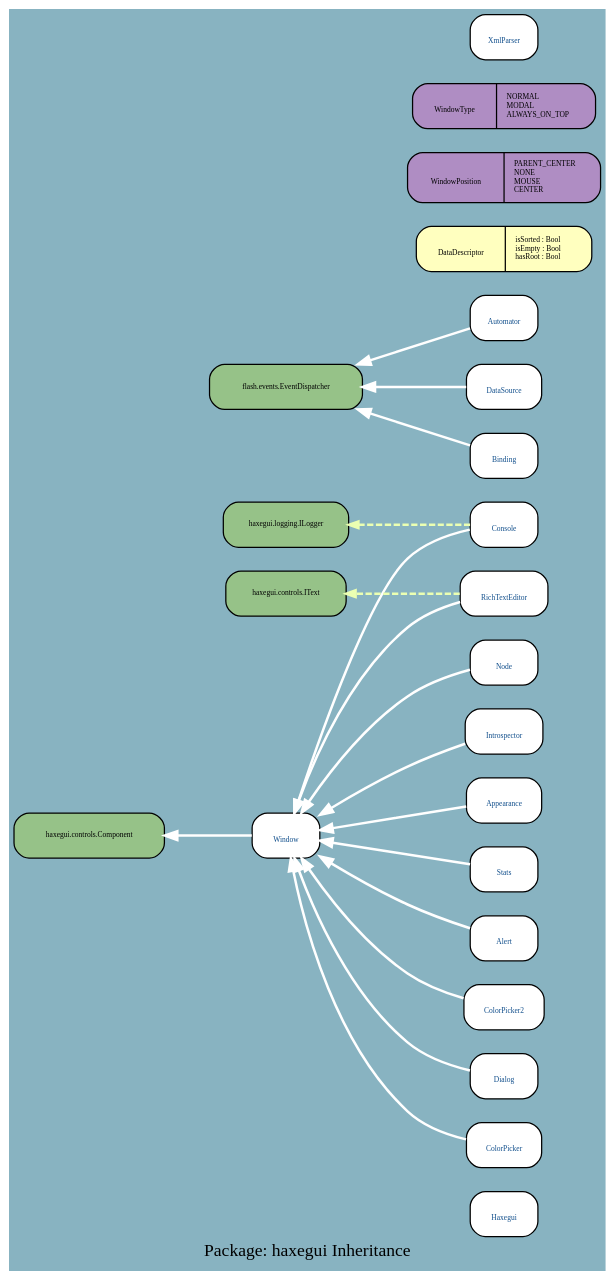
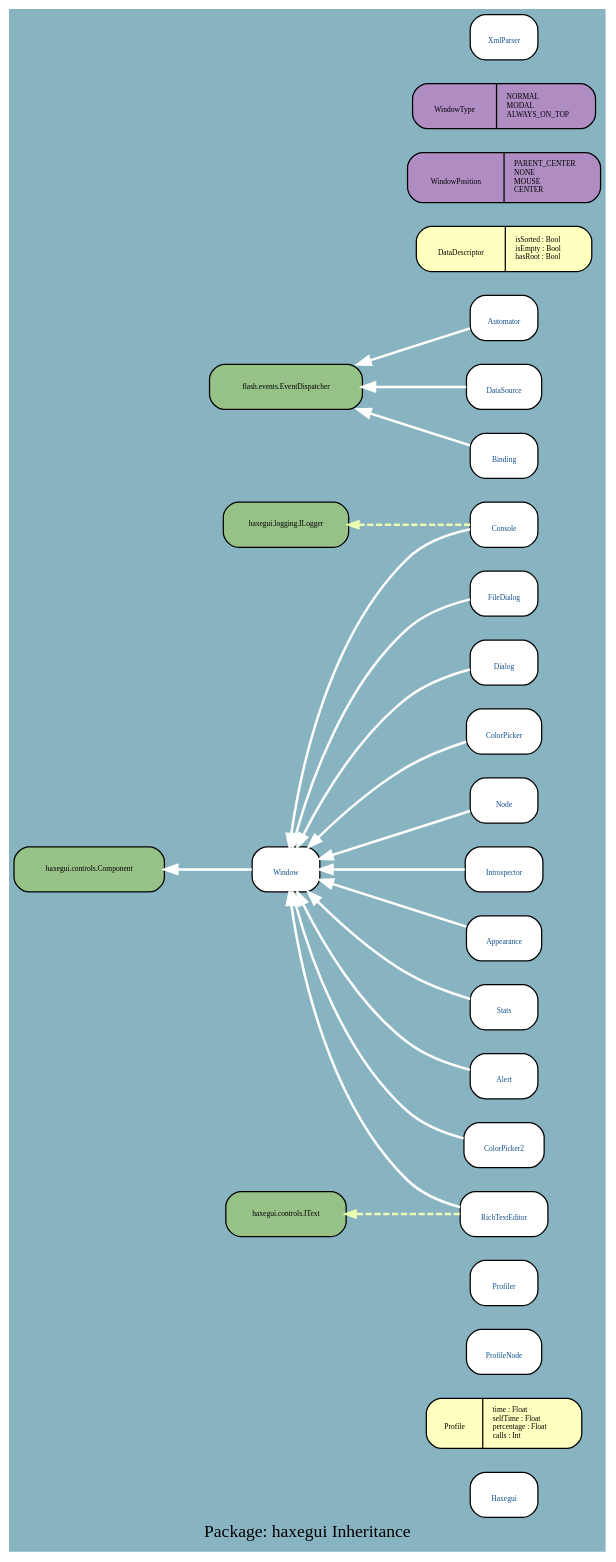
The diagram in docs/uml/haxegui_I.dot (google-code-export/haxegui), drawn with Graphviz before and after one commit. The commit also changed 315 other files, not shown here.

```diff
--- a/docs/uml/haxegui_I.dot
+++ b/docs/uml/haxegui_I.dot
@@ -3,44 +3,49 @@
 	node [label="\N", style="rounded,filled", fillcolor="#96c288", fontcolor="#104E8B", fontname="FFF Harmony", fontsize=6, shape=record, color=black];
 	edge [fontname=Sans, fontsize=8, minlen="1.2", color=black, fontcolor=black];
 	graph [lp="236,12",
-		bb="0,0,472,983"];
+		bb="0,0,472,1203"];
 	"haxegui.Haxegui" [label="{\nHaxegui}", fillcolor=white, URL="../types/haxegui/Haxegui.html", tooltip="\nHaxegui", portPos=w, pos="394,43", rects="367,25,421,61", width="0.75", height="0.50"];
-	"haxegui.Window" [label="{\nWindow}", fillcolor=white, URL="../types/haxegui/Window.html", tooltip="\nWindow", portPos=w, pos="218,340", rects="191,322,245,358", width="0.75", height="0.50"];
-	"haxegui.controls.Component" [fontcolor=black, pos="60,340", rects="0,322,120,358", width="1.67", height="0.50"];
-	"haxegui.Dialog" [label="{\nDialog}", fillcolor=white, URL="../types/haxegui/Dialog.html", tooltip="\nDialog", portPos=w, pos="394,151", rects="367,133,421,169", width="0.75", height="0.50"];
-	"haxegui.Console" [label="{\nConsole}", fillcolor=white, URL="../types/haxegui/Console.html", tooltip="\nConsole", portPos=w, pos="394,583", rects="367,565,421,601", width="0.75", height="0.50"];
-	"haxegui.logging.ILogger" [fontcolor=black, pos="218,583", rects="168,565,269,601", width="1.39", height="0.50"];
-	"haxegui.Automator" [label="{\nAutomator}", fillcolor=white, URL="../types/haxegui/Automator.html", tooltip="\nAutomator", portPos=w, pos="394,745", rects="367,727,422,763", width="0.75", height="0.50"];
-	"flash.events.EventDispatcher" [fontcolor=black, pos="218,691", rects="157,673,280,709", width="1.69", height="0.50"];
-	"haxegui.RichTextEditor" [label="{\nRichTextEditor}", fillcolor=white, URL="../types/haxegui/RichTextEditor.html", tooltip="\nRichTextEditor", portPos=w, pos="394,529", rects="359,511,430,547", width="0.97", height="0.50"];
-	"haxegui.controls.IText" [fontcolor=black, pos="218,529", rects="170,511,266,547", width="1.33", height="0.50"];
-	"haxegui.DataDescriptor" [label="{\nDataDescriptor|isSorted : Bool\lisEmpty : Bool\lhasRoot : Bool\l}", fillcolor="#ffffbf", fontcolor=black, pos="394,799", rects="324,781,396,817 396,781,465,817", width="1.94", height="0.50"];
-	"haxegui.DataSource" [label="{\nDataSource}", fillcolor=white, URL="../types/haxegui/DataSource.html", tooltip="\nDataSource", portPos=w, pos="394,691", rects="364,673,424,709", width="0.83", height="0.50"];
-	"haxegui.WindowPosition" [label="{\nWindowPosition|PARENT_CENTER\lNONE\lMOUSE\lCENTER\l}", fillcolor="#af8dc3", fontcolor=black, pos="394,855", rects="317,835,390,875 390,835,472,875", width="2.14", height="0.56"];
-	"haxegui.WindowType" [label="{\nWindowType|NORMAL\lMODAL\lALWAYS_ON_TOP\l}", fillcolor="#af8dc3", fontcolor=black, pos="394,911", rects="321,893,384,929 384,893,468,929", width="2.03", height="0.50"];
-	"haxegui.ColorPicker" [label="{\nColorPicker}", fillcolor=white, URL="../types/haxegui/ColorPicker.html", tooltip="\nColorPicker", portPos=w, pos="394,97", rects="364,79,424,115", width="0.83", height="0.50"];
-	"haxegui.XmlParser" [label="{\nXmlParser}", fillcolor=white, URL="../types/haxegui/XmlParser.html", tooltip="\nXmlParser", portPos=w, pos="394,965", rects="367,947,421,983", width="0.75", height="0.50"];
-	"haxegui.Node" [label="{\nNode}", fillcolor=white, URL="../types/haxegui/Node.html", tooltip="\nNode", portPos=w, pos="394,475", rects="367,457,421,493", width="0.75", height="0.50"];
-	"haxegui.Introspector" [label="{\nIntrospector}", fillcolor=white, URL="../types/haxegui/Introspector.html", tooltip="\nIntrospector", portPos=w, pos="394,421", rects="363,403,425,439", width="0.86", height="0.50"];
-	"haxegui.Appearance" [label="{\nAppearance}", fillcolor=white, URL="../types/haxegui/Appearance.html", tooltip="\nAppearance", portPos=w, pos="394,367", rects="364,349,425,385", width="0.83", height="0.50"];
-	"haxegui.Stats" [label="{\nStats}", fillcolor=white, URL="../types/haxegui/Stats.html", tooltip="\nStats", portPos=w, pos="394,313", rects="367,295,421,331", width="0.75", height="0.50"];
-	"haxegui.Binding" [label="{\nBinding}", fillcolor=white, URL="../types/haxegui/Binding.html", tooltip="\nBinding", portPos=w, pos="394,637", rects="367,619,421,655", width="0.75", height="0.50"];
-	"haxegui.Alert" [label="{\nAlert}", fillcolor=white, URL="../types/haxegui/Alert.html", tooltip="\nAlert", portPos=w, pos="394,259", rects="367,241,421,277", width="0.75", height="0.50"];
-	"haxegui.ColorPicker2" [label="{\nColorPicker2}", fillcolor=white, URL="../types/haxegui/ColorPicker2.html", tooltip="\nColorPicker2", portPos=w, pos="394,205", rects="362,187,427,223", width="0.89", height="0.50"];
-	"haxegui.Window" -> "haxegui.controls.Component" [color=white, style=bold, arrowhead=normal, arrowsize="1.0", pos="e,120,340 191,340 175,340 152,340 130,340"];
-	"haxegui.Dialog" -> "haxegui.Window" [color=white, style=bold, arrowhead=normal, arrowsize="1.0", pos="e,227,322 367,156 351,159 330,166 316,178 293,197 252,272 232,313"];
-	"haxegui.Console" -> "haxegui.Window" [color=white, style=bold, arrowhead=normal, arrowsize="1.0", pos="e,224,358 367,579 351,575 330,568 316,556 287,529 246,420 227,368"];
-	"haxegui.Console" -> "haxegui.logging.ILogger" [color="#ebffb2", style="dashed, bold", arrowhead=normal, arrowsize="0.75", pos="e,269,583 367,583 343,583 307,583 277,583"];
-	"haxegui.Automator" -> "flash.events.EventDispatcher" [color=white, style=bold, arrowhead=normal, arrowsize="1.0", pos="e,276,709 367,737 345,731 314,721 286,712"];
-	"haxegui.RichTextEditor" -> "haxegui.Window" [color=white, style=bold, arrowhead=normal, arrowsize="1.0", pos="e,227,358 359,522 344,518 328,512 316,502 293,483 252,408 232,367"];
-	"haxegui.RichTextEditor" -> "haxegui.controls.IText" [color="#ebffb2", style="dashed, bold", arrowhead=normal, arrowsize="0.75", pos="e,266,529 359,529 334,529 302,529 274,529"];
-	"haxegui.DataSource" -> "flash.events.EventDispatcher" [color=white, style=bold, arrowhead=normal, arrowsize="1.0", pos="e,280,691 364,691 344,691 316,691 290,691"];
-	"haxegui.ColorPicker" -> "haxegui.Window" [color=white, style=bold, arrowhead=normal, arrowsize="1.0", pos="e,221,322 364,102 348,106 329,112 316,124 260,176 233,266 223,312"];
-	"haxegui.Node" -> "haxegui.Window" [color=white, style=bold, arrowhead=normal, arrowsize="1.0", pos="e,230,358 367,469 351,465 331,458 316,448 282,427 253,391 236,366"];
-	"haxegui.Introspector" -> "haxegui.Window" [color=white, style=bold, arrowhead=normal, arrowsize="1.0", pos="e,245,357 363,412 348,407 331,401 316,394 295,385 272,372 254,362"];
-	"haxegui.Appearance" -> "haxegui.Window" [color=white, style=bold, arrowhead=normal, arrowsize="1.0", pos="e,245,344 364,362 333,357 287,351 255,346"];
-	"haxegui.Stats" -> "haxegui.Window" [color=white, style=bold, arrowhead=normal, arrowsize="1.0", pos="e,245,336 367,317 337,322 289,329 255,334"];
-	"haxegui.Binding" -> "flash.events.EventDispatcher" [color=white, style=bold, arrowhead=normal, arrowsize="1.0", pos="e,276,673 367,645 345,651 314,661 286,670"];
-	"haxegui.Alert" -> "haxegui.Window" [color=white, style=bold, arrowhead=normal, arrowsize="1.0", pos="e,245,324 367,267 351,272 332,279 316,286 295,295 272,308 254,318"];
-	"haxegui.ColorPicker2" -> "haxegui.Window" [color=white, style=bold, arrowhead=normal, arrowsize="1.0", pos="e,230,322 362,212 347,217 330,223 316,232 282,254 253,289 236,314"];
+	"haxegui.Profile" [label="{\nProfile|time : Float\lselfTime : Float\lpercentage : Float\lcalls : Int\l}", fillcolor="#ffffbf", fontcolor=black, pos="394,99", rects="332,79,373,119 373,79,457,119", width="1.72", height="0.56"];
+	"haxegui.ProfileNode" [label="{\nProfileNode}", fillcolor=white, URL="../types/haxegui/ProfileNode.html", tooltip="\nProfileNode", portPos=w, pos="394,155", rects="364,137,424,173", width="0.83", height="0.50"];
+	"haxegui.Profiler" [label="{\nProfiler}", fillcolor=white, URL="../types/haxegui/Profiler.html", tooltip="\nProfiler", portPos=w, pos="394,209", rects="367,191,421,227", width="0.75", height="0.50"];
+	"haxegui.Window" [label="{\nWindow}", fillcolor=white, URL="../types/haxegui/Window.html", tooltip="\nWindow", portPos=w, pos="218,533", rects="191,515,245,551", width="0.75", height="0.50"];
+	"haxegui.controls.Component" [fontcolor=black, pos="60,533", rects="0,515,120,551", width="1.67", height="0.50"];
+	"haxegui.FileDialog" [label="{\nFileDialog}", fillcolor=white, URL="../types/haxegui/FileDialog.html", tooltip="\nFileDialog", portPos=w, pos="394,749", rects="367,731,421,767", width="0.75", height="0.50"];
+	"haxegui.Dialog" [label="{\nDialog}", fillcolor=white, URL="../types/haxegui/Dialog.html", tooltip="\nDialog", portPos=w, pos="394,695", rects="367,677,421,713", width="0.75", height="0.50"];
+	"haxegui.Console" [label="{\nConsole}", fillcolor=white, URL="../types/haxegui/Console.html", tooltip="\nConsole", portPos=w, pos="394,803", rects="367,785,421,821", width="0.75", height="0.50"];
+	"haxegui.logging.ILogger" [fontcolor=black, pos="218,803", rects="168,785,269,821", width="1.39", height="0.50"];
+	"haxegui.Automator" [label="{\nAutomator}", fillcolor=white, URL="../types/haxegui/Automator.html", tooltip="\nAutomator", portPos=w, pos="394,965", rects="367,947,422,983", width="0.75", height="0.50"];
+	"flash.events.EventDispatcher" [fontcolor=black, pos="218,911", rects="157,893,280,929", width="1.69", height="0.50"];
+	"haxegui.RichTextEditor" [label="{\nRichTextEditor}", fillcolor=white, URL="../types/haxegui/RichTextEditor.html", tooltip="\nRichTextEditor", portPos=w, pos="394,263", rects="359,245,430,281", width="0.97", height="0.50"];
+	"haxegui.controls.IText" [fontcolor=black, pos="218,263", rects="170,245,266,281", width="1.33", height="0.50"];
+	"haxegui.DataDescriptor" [label="{\nDataDescriptor|isSorted : Bool\lisEmpty : Bool\lhasRoot : Bool\l}", fillcolor="#ffffbf", fontcolor=black, pos="394,1019", rects="324,1001,396,1037 396,1001,465,1037", width="1.94", height="0.50"];
+	"haxegui.DataSource" [label="{\nDataSource}", fillcolor=white, URL="../types/haxegui/DataSource.html", tooltip="\nDataSource", portPos=w, pos="394,911", rects="364,893,424,929", width="0.83", height="0.50"];
+	"haxegui.WindowPosition" [label="{\nWindowPosition|PARENT_CENTER\lNONE\lMOUSE\lCENTER\l}", fillcolor="#af8dc3", fontcolor=black, pos="394,1075", rects="317,1055,390,1095 390,1055,472,1095", width="2.14", height="0.56"];
+	"haxegui.WindowType" [label="{\nWindowType|NORMAL\lMODAL\lALWAYS_ON_TOP\l}", fillcolor="#af8dc3", fontcolor=black, pos="394,1131", rects="321,1113,384,1149 384,1113,468,1149", width="2.03", height="0.50"];
+	"haxegui.ColorPicker" [label="{\nColorPicker}", fillcolor=white, URL="../types/haxegui/ColorPicker.html", tooltip="\nColorPicker", portPos=w, pos="394,641", rects="364,623,424,659", width="0.83", height="0.50"];
+	"haxegui.XmlParser" [label="{\nXmlParser}", fillcolor=white, URL="../types/haxegui/XmlParser.html", tooltip="\nXmlParser", portPos=w, pos="394,1185", rects="367,1167,421,1203", width="0.75", height="0.50"];
+	"haxegui.Node" [label="{\nNode}", fillcolor=white, URL="../types/haxegui/Node.html", tooltip="\nNode", portPos=w, pos="394,587", rects="367,569,421,605", width="0.75", height="0.50"];
+	"haxegui.Introspector" [label="{\nIntrospector}", fillcolor=white, URL="../types/haxegui/Introspector.html", tooltip="\nIntrospector", portPos=w, pos="394,533", rects="363,515,425,551", width="0.86", height="0.50"];
+	"haxegui.Appearance" [label="{\nAppearance}", fillcolor=white, URL="../types/haxegui/Appearance.html", tooltip="\nAppearance", portPos=w, pos="394,479", rects="364,461,425,497", width="0.83", height="0.50"];
+	"haxegui.Stats" [label="{\nStats}", fillcolor=white, URL="../types/haxegui/Stats.html", tooltip="\nStats", portPos=w, pos="394,425", rects="367,407,421,443", width="0.75", height="0.50"];
+	"haxegui.Binding" [label="{\nBinding}", fillcolor=white, URL="../types/haxegui/Binding.html", tooltip="\nBinding", portPos=w, pos="394,857", rects="367,839,421,875", width="0.75", height="0.50"];
+	"haxegui.Alert" [label="{\nAlert}", fillcolor=white, URL="../types/haxegui/Alert.html", tooltip="\nAlert", portPos=w, pos="394,371", rects="367,353,421,389", width="0.75", height="0.50"];
+	"haxegui.ColorPicker2" [label="{\nColorPicker2}", fillcolor=white, URL="../types/haxegui/ColorPicker2.html", tooltip="\nColorPicker2", portPos=w, pos="394,317", rects="362,299,427,335", width="0.89", height="0.50"];
+	"haxegui.Window" -> "haxegui.controls.Component" [color=white, style=bold, arrowhead=normal, arrowsize="1.0", pos="e,120,533 191,533 175,533 152,533 130,533"];
+	"haxegui.FileDialog" -> "haxegui.Window" [color=white, style=bold, arrowhead=normal, arrowsize="1.0", pos="e,222,551 367,745 351,741 330,734 316,722 265,678 238,602 225,561"];
+	"haxegui.Dialog" -> "haxegui.Window" [color=white, style=bold, arrowhead=normal, arrowsize="1.0", pos="e,227,551 367,690 351,686 331,679 316,668 277,639 247,591 232,560"];
+	"haxegui.Console" -> "haxegui.Window" [color=white, style=bold, arrowhead=normal, arrowsize="1.0", pos="e,220,551 367,799 350,796 330,789 316,776 253,715 229,611 221,561"];
+	"haxegui.Console" -> "haxegui.logging.ILogger" [color="#ebffb2", style="dashed, bold", arrowhead=normal, arrowsize="0.75", pos="e,269,803 367,803 343,803 307,803 277,803"];
+	"haxegui.Automator" -> "flash.events.EventDispatcher" [color=white, style=bold, arrowhead=normal, arrowsize="1.0", pos="e,276,929 367,957 345,951 314,941 286,932"];
+	"haxegui.RichTextEditor" -> "haxegui.Window" [color=white, style=bold, arrowhead=normal, arrowsize="1.0", pos="e,220,515 359,269 344,272 327,279 316,290 253,351 229,455 221,505"];
+	"haxegui.RichTextEditor" -> "haxegui.controls.IText" [color="#ebffb2", style="dashed, bold", arrowhead=normal, arrowsize="0.75", pos="e,266,263 359,263 334,263 302,263 274,263"];
+	"haxegui.DataSource" -> "flash.events.EventDispatcher" [color=white, style=bold, arrowhead=normal, arrowsize="1.0", pos="e,280,911 364,911 344,911 316,911 290,911"];
+	"haxegui.ColorPicker" -> "haxegui.Window" [color=white, style=bold, arrowhead=normal, arrowsize="1.0", pos="e,236,551 364,633 349,628 331,622 316,614 289,599 262,576 243,558"];
+	"haxegui.Node" -> "haxegui.Window" [color=white, style=bold, arrowhead=normal, arrowsize="1.0", pos="e,245,541 367,579 337,570 288,555 255,544"];
+	"haxegui.Introspector" -> "haxegui.Window" [color=white, style=bold, arrowhead=normal, arrowsize="1.0", pos="e,245,533 363,533 332,533 287,533 255,533"];
+	"haxegui.Appearance" -> "haxegui.Window" [color=white, style=bold, arrowhead=normal, arrowsize="1.0", pos="e,245,525 364,488 333,498 287,512 255,522"];
+	"haxegui.Stats" -> "haxegui.Window" [color=white, style=bold, arrowhead=normal, arrowsize="1.0", pos="e,236,515 367,432 351,437 332,443 316,452 289,467 262,490 243,508"];
+	"haxegui.Binding" -> "flash.events.EventDispatcher" [color=white, style=bold, arrowhead=normal, arrowsize="1.0", pos="e,276,893 367,865 345,871 314,881 286,890"];
+	"haxegui.Alert" -> "haxegui.Window" [color=white, style=bold, arrowhead=normal, arrowsize="1.0", pos="e,227,515 367,376 351,380 331,387 316,398 277,427 247,475 232,506"];
+	"haxegui.ColorPicker2" -> "haxegui.Window" [color=white, style=bold, arrowhead=normal, arrowsize="1.0", pos="e,222,515 362,323 346,327 329,333 316,344 265,388 238,464 225,505"];
 }
```
